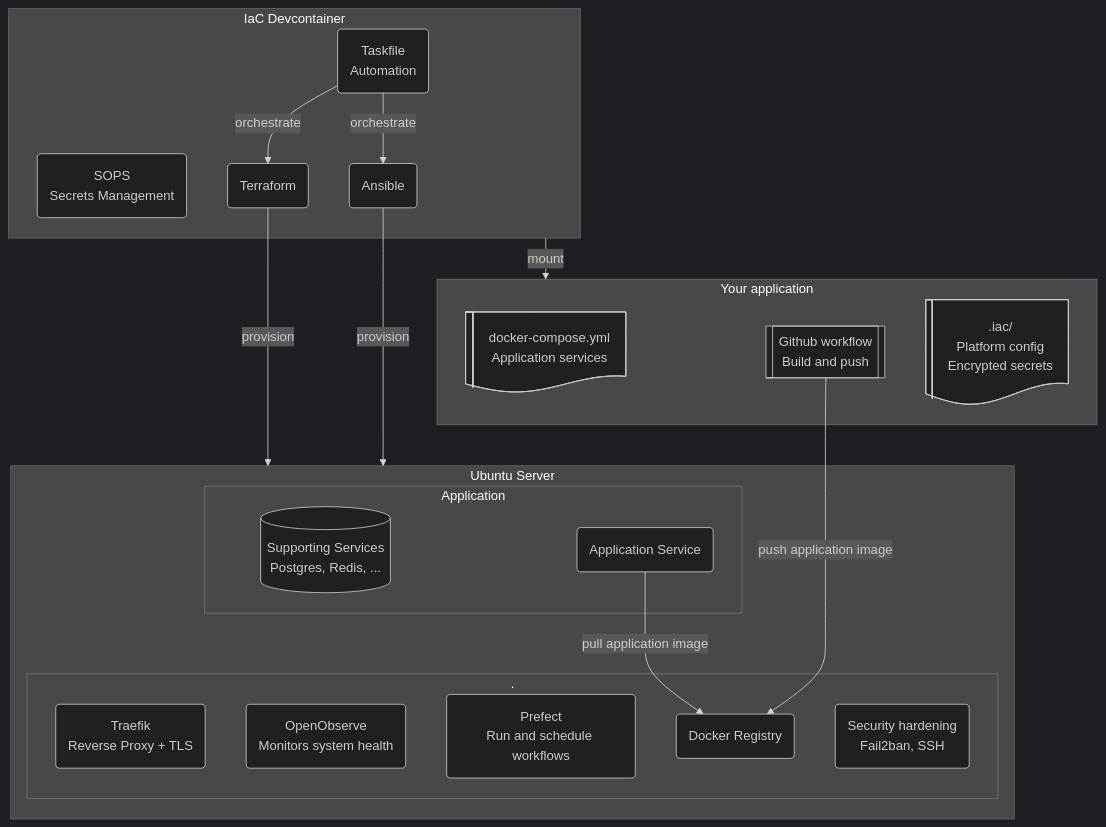
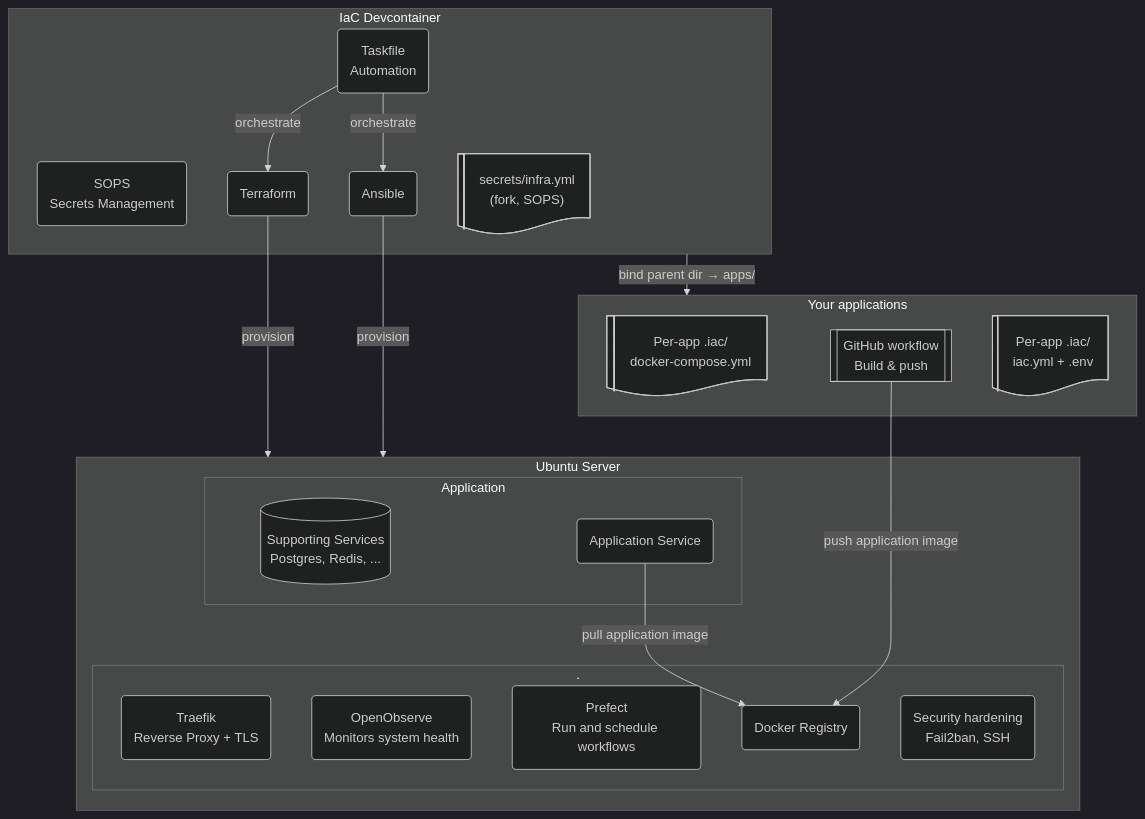
One commit to rednaw/iac changed the diagram in docs/README.md. Above: the diagram before and after it, drawn with Mermaid (dark theme). The commit also changed other lines of this file and 23 other files, not shown here.

````diff
--- a/docs/README.md
+++ b/docs/README.md
@@ -12,40 +12,41 @@
 ```mermaid
 graph TB
     subgraph IAC[IaC Devcontainer]
         TASK(Taskfile<br/>Automation)
         SOPS(SOPS<br/>Secrets Management)
         TF(Terraform)
         ANS(Ansible)
+        INFRA_SEC@{ shape: lin-doc, label: "secrets/infra.yml<br/>(fork, SOPS)" }
     end
 
     subgraph SERVER[Ubuntu Server]
       subgraph DMZ[.]
         TRAEFIK(Traefik<br/>Reverse Proxy + TLS)
         OBSERVE(OpenObserve<br/>Monitors system health)
         WORKFLOWS(Prefect<br/>Run and schedule workflows)
         REGISTRY(Docker Registry)
         SEC(Security hardening<br/>Fail2ban, SSH)
       end
       subgraph DOCKER[Application]
         SUPPORTING_SERVICES@{ shape: cyl, label: "Supporting Services<br/>Postgres, Redis, ..." }
         APP_SERVICE(Application Service)
       end
     end
 
-    subgraph APP[Your application]
-      COMPOSE@{ shape: lin-doc, label: "docker-compose.yml<br/>Application services" }
-      PUSH@{ shape: subproc, label: "Github workflow<br/>Build and push" }
-      IAC_YML@{ shape: lin-doc, label: ".iac/<br/>Platform config<br/>Encrypted secrets" }
+    subgraph APP[Your applications]
+      COMPOSE@{ shape: lin-doc, label: "Per-app .iac/<br/>docker-compose.yml" }
+      PUSH@{ shape: subproc, label: "GitHub workflow<br/>Build & push" }
+      IAC_YML@{ shape: lin-doc, label: "Per-app .iac/<br/>iac.yml + .env" }
     end
 
-    IAC --->|mount| APP
+    IAC --->|bind parent dir → apps/| APP
 
     TASK -->|orchestrate| TF
     TASK -->|orchestrate| ANS
         
     TF -->|provision| SERVER    
     ANS -->|provision| SERVER
 
     APP_SERVICE -->|pull application image| REGISTRY
     PUSH --->|push application image| REGISTRY 
 ```
````
